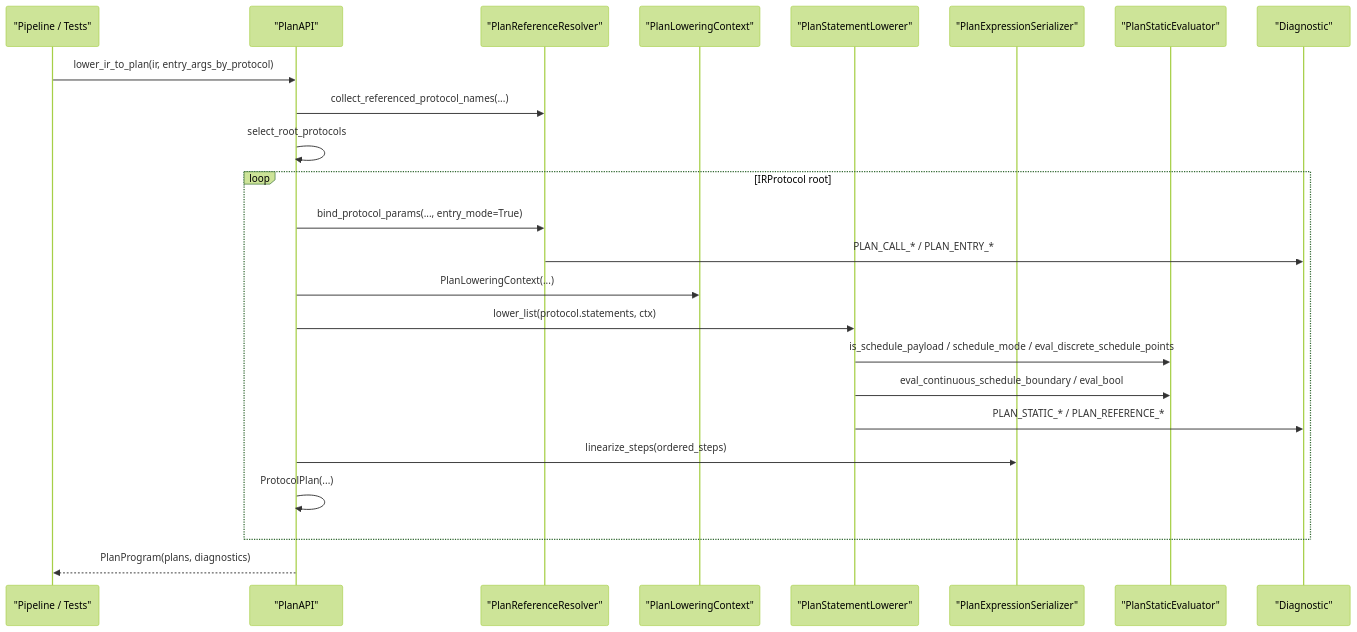
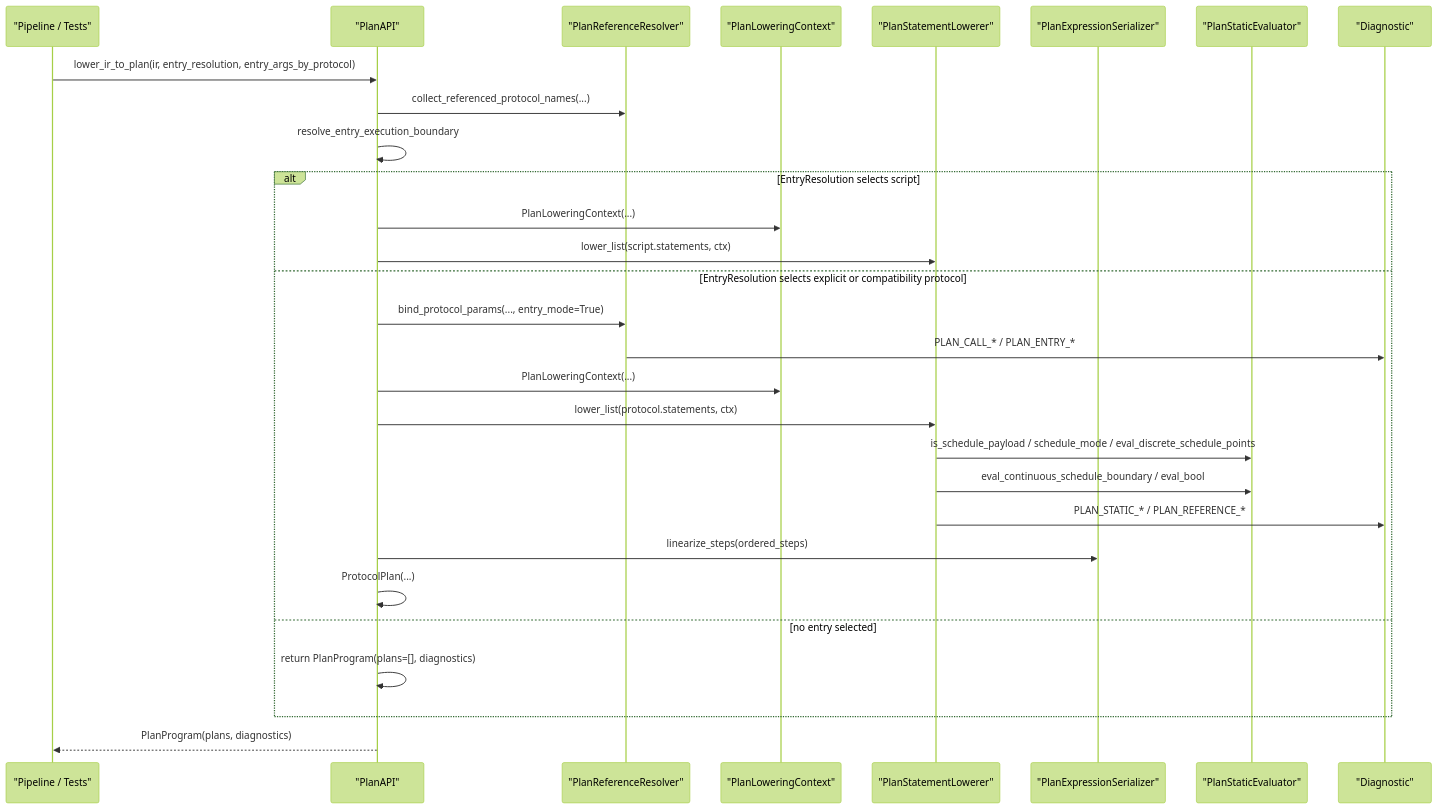
One commit to culsma/culsma changed the second of 5 diagrams in docs/architecture/pipeline/plan_module_diagrams.md. Above: the diagram before and after it, drawn with Mermaid (forest theme). The commit also changed other lines of this file and 30 other files, not shown here.

Commit message:
feat: separate script entry execution

````diff
--- a/docs/architecture/pipeline/plan_module_diagrams.md
+++ b/docs/architecture/pipeline/plan_module_diagrams.md
@@ -70,29 +75,34 @@
 ```mermaid
 sequenceDiagram
     participant Caller as "Pipeline / Tests"
     participant API as "PlanAPI"
     participant Ref as "PlanReferenceResolver"
     participant Ctx as "PlanLoweringContext"
     participant Lower as "PlanStatementLowerer"
     participant Ser as "PlanExpressionSerializer"
     participant Static as "PlanStaticEvaluator"
     participant Diag as "Diagnostic"
 
-    Caller->>API: lower_ir_to_plan(ir, entry_args_by_protocol)
+    Caller->>API: lower_ir_to_plan(ir, entry_resolution, entry_args_by_protocol)
     API->>Ref: collect_referenced_protocol_names(...)
-    API->>API: select_root_protocols
+    API->>API: resolve_entry_execution_boundary
 
-    loop IRProtocol root
+    alt EntryResolution selects script
+        API->>Ctx: PlanLoweringContext(...)
+        API->>Lower: lower_list(script.statements, ctx)
+    else EntryResolution selects explicit or compatibility protocol
         API->>Ref: bind_protocol_params(..., entry_mode=True)
         Ref->>Diag: PLAN_CALL_* / PLAN_ENTRY_*
         API->>Ctx: PlanLoweringContext(...)
         API->>Lower: lower_list(protocol.statements, ctx)
         Lower->>Static: is_schedule_payload / schedule_mode / eval_discrete_schedule_points
         Lower->>Static: eval_continuous_schedule_boundary / eval_bool
         Lower->>Diag: PLAN_STATIC_* / PLAN_REFERENCE_*
         API->>Ser: linearize_steps(ordered_steps)
         API->>API: ProtocolPlan(...)
+    else no entry selected
+        API->>API: return PlanProgram(plans=[], diagnostics)
     end
 
     API-->>Caller: PlanProgram(plans, diagnostics)
 ```
````
